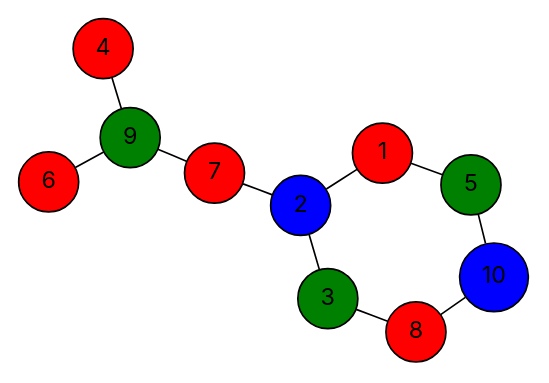
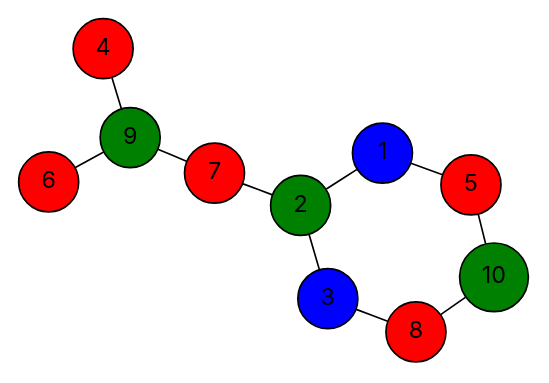
The diagram in data/final-dots/ex-01-parallel.dot (vercah/vertex-coloring), drawn with Graphviz before and after one commit. The commit also changed 106 other files, not shown here.

```diff
--- a/data/final-dots/ex-01-parallel.dot
+++ b/data/final-dots/ex-01-parallel.dot
@@ -1,26 +1,26 @@
 graph G {
   layout=neato;
   overlap=false;
   splines=true;
   node [shape=circle, style=filled, fontname=Inter];
-  1 [label="1", fillcolor="red", tooltip="v1 color 0"];
-  2 [label="2", fillcolor="blue", tooltip="v2 color 2"];
-  3 [label="3", fillcolor="green", tooltip="v3 color 1"];
+  1 [label="1", fillcolor="blue", tooltip="v1 color 2"];
+  2 [label="2", fillcolor="green", tooltip="v2 color 1"];
+  3 [label="3", fillcolor="blue", tooltip="v3 color 2"];
   4 [label="4", fillcolor="red", tooltip="v4 color 0"];
-  5 [label="5", fillcolor="green", tooltip="v5 color 1"];
+  5 [label="5", fillcolor="red", tooltip="v5 color 0"];
   6 [label="6", fillcolor="red", tooltip="v6 color 0"];
   7 [label="7", fillcolor="red", tooltip="v7 color 0"];
   8 [label="8", fillcolor="red", tooltip="v8 color 0"];
   9 [label="9", fillcolor="green", tooltip="v9 color 1"];
-  10 [label="10", fillcolor="blue", tooltip="v10 color 2"];
+  10 [label="10", fillcolor="green", tooltip="v10 color 1"];
   1 -- 2;
   1 -- 5;
   2 -- 3;
   2 -- 7;
   3 -- 8;
   4 -- 9;
   5 -- 10;
   6 -- 9;
   7 -- 9;
   8 -- 10;
 }
```
